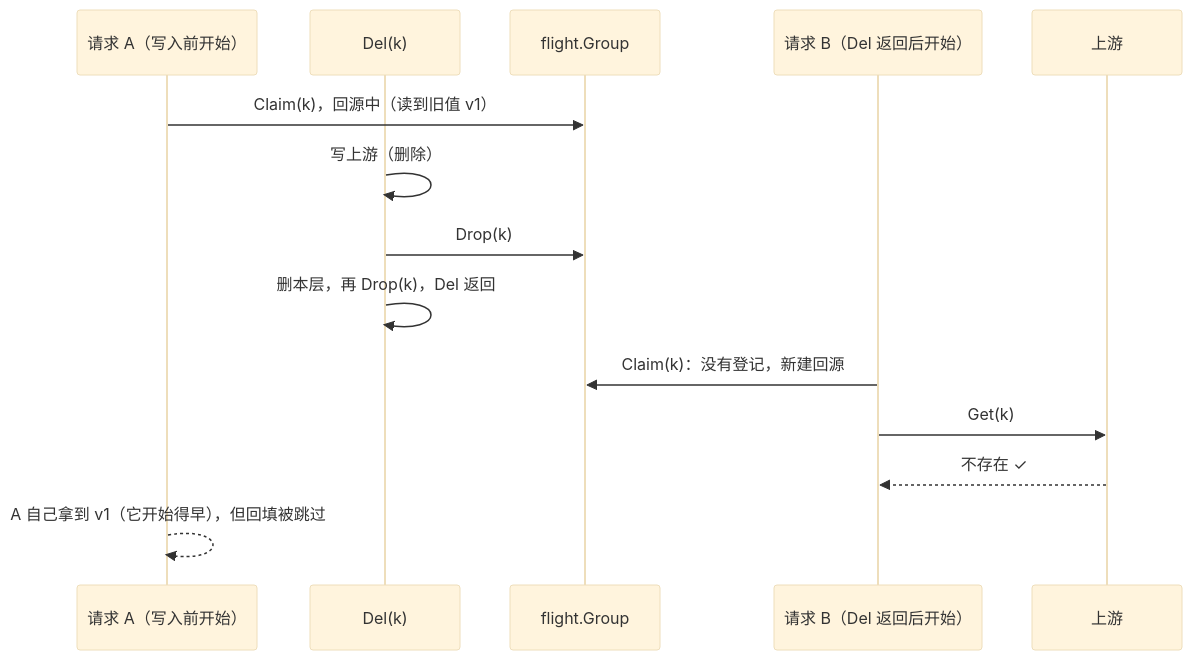
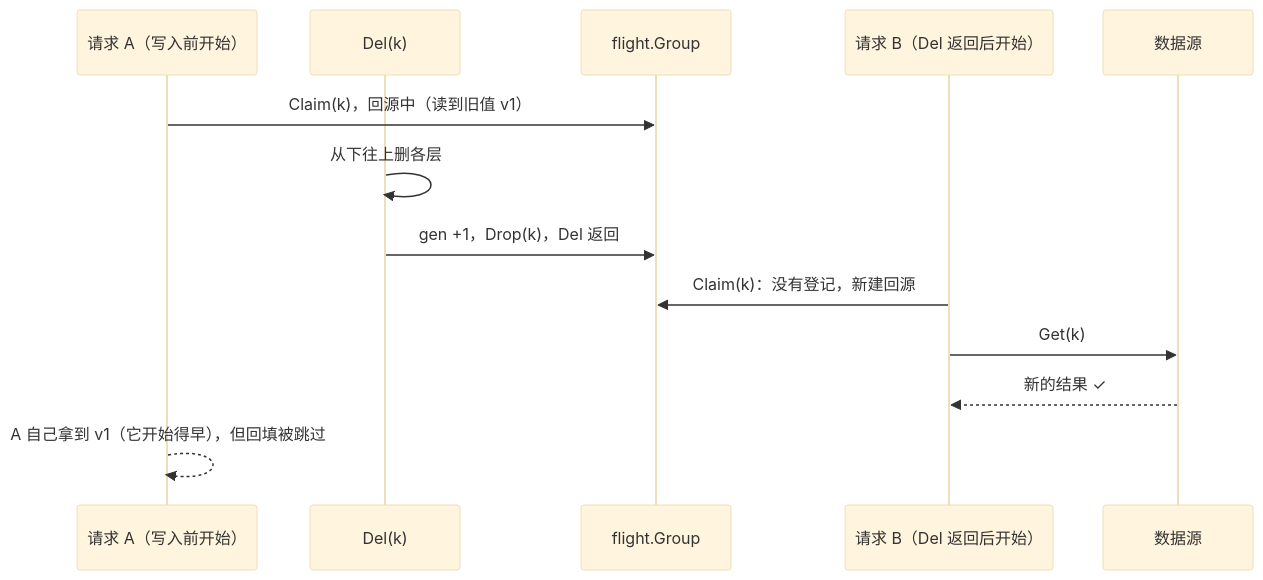
One commit to theplant/cachex changed the seventh of 8 diagrams in docs/design/write-order.md. Above: the diagram before and after it, drawn with Mermaid (base theme). The commit also changed other lines of this file and 19 other files, not shown here.

````diff
--- a/docs/design/write-order.md
+++ b/docs/design/write-order.md
@@ -244,16 +233,15 @@
 ```mermaid
 sequenceDiagram
     participant A as 请求 A（写入前开始）
     participant W as Del(k)
     participant G as flight.Group
     participant B as 请求 B（Del 返回后开始）
-    participant U as 上游
+    participant S as 数据源
     A->>G: Claim(k)，回源中（读到旧值 v1）
-    W->>W: 写上游（删除）
-    W->>G: Drop(k)
-    W->>W: 删本层，再 Drop(k)，Del 返回
+    W->>W: 从下往上删各层
+    W->>G: gen +1，Drop(k)，Del 返回
     B->>G: Claim(k)：没有登记，新建回源
-    B->>U: Get(k)
-    U-->>B: 不存在 ✓
+    B->>S: Get(k)
+    S-->>B: 新的结果 ✓
     A-->>A: A 自己拿到 v1（它开始得早），但回填被跳过
 ```
````
